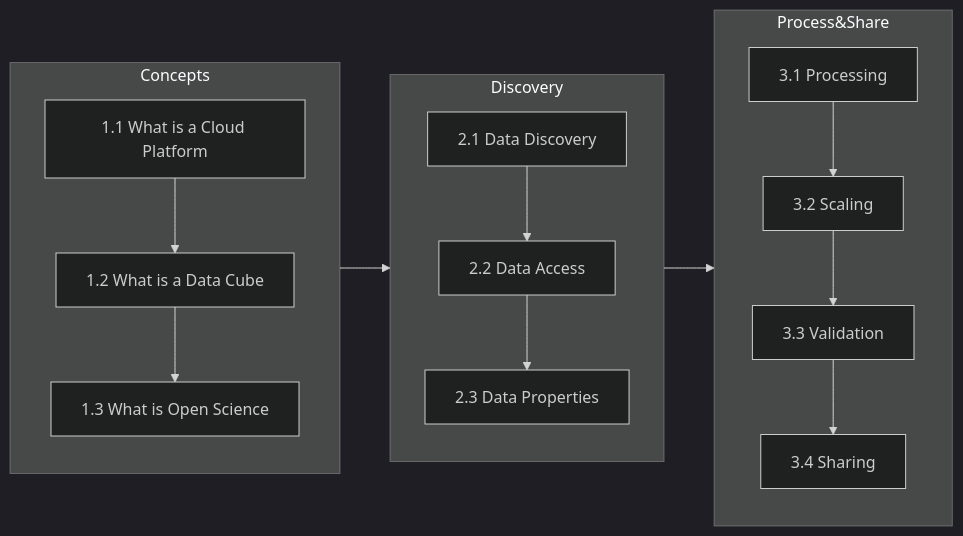
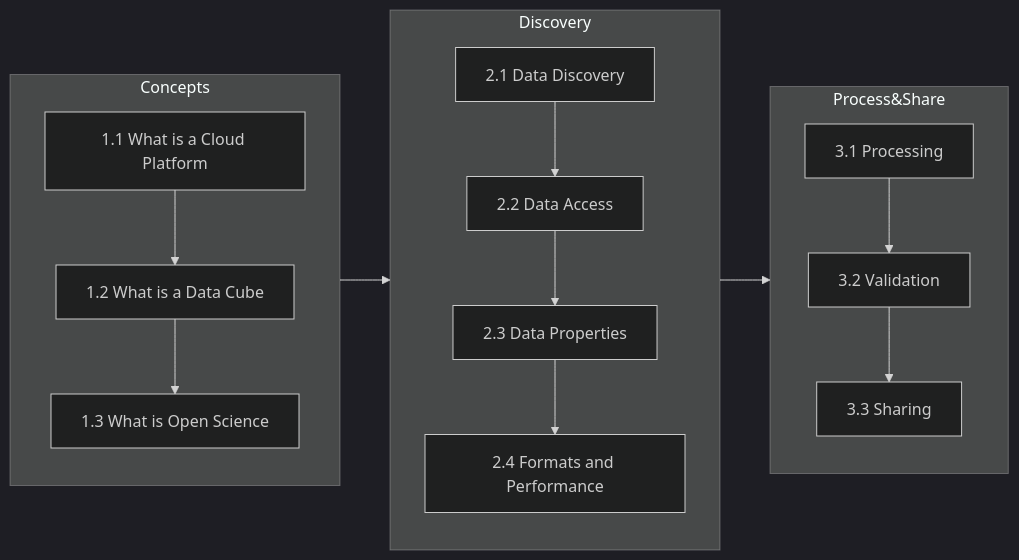
Before and after one commit to EO-College/cubes-and-clouds: the diagram in README.md, drawn with Mermaid (dark theme).

Commit message:
upd lecture structure

````diff
--- a/README.md
+++ b/README.md
@@ -11,19 +11,20 @@
 ```mermaid
 flowchart LR
       subgraph Concepts
       A[1.1 What is a Cloud Platform]-->B[1.2 What is a Data Cube];
       B-->C[1.3 What is Open Science];
       end
       subgraph Discovery
       D[2.1 Data Discovery]-->E[2.2 Data Access];
       E-->F[2.3 Data Properties];
+      F-->G[2.4 Formats and Performance]
       end
       subgraph Process&Share
-      G[3.1 Processing]-->H[3.2 Scaling];
-      H-->I[3.3 Validation];
-      I-->J[3.4 Sharing];
+      H[3.1 Processing]-->I[3.2 Validation];
+      I-->J[3.3 Sharing];
+
       end
       Concepts --> Discovery
       Discovery --> Process&Share
       
 ```
````
